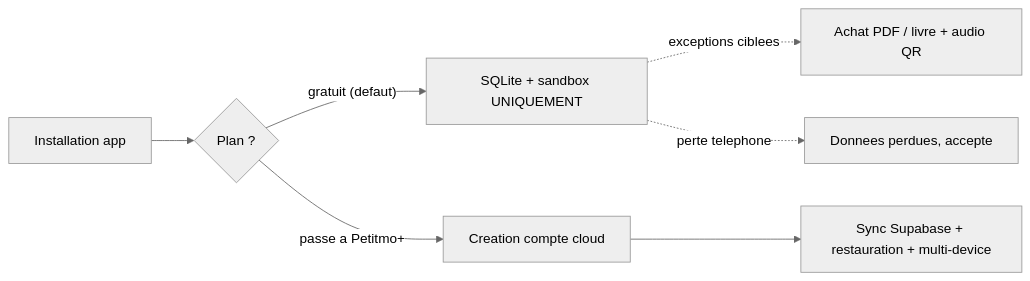
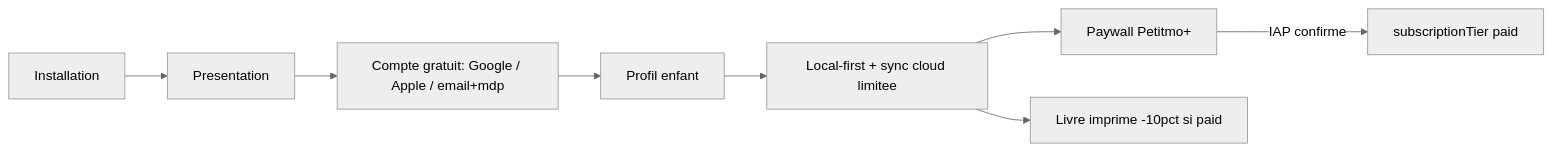
The diagram in AGENTS.md (yembez/petitmo), drawn with Mermaid (neutral theme) before and after one commit. The commit also changed other lines of this file and 101 other files, not shown here.

First line of the commit message:
feat: auth compte (Google/Apple/email), règle d’or V2 et correctifs fil

````diff
--- a/AGENTS.md
+++ b/AGENTS.md
@@ -202,9 +177,10 @@
 ```mermaid
 flowchart LR
-    install[Installation app] --> mode{Plan ?}
-    mode -- "gratuit (defaut)" --> local[SQLite + sandbox UNIQUEMENT]
-    mode -- "passe a Petitmo+" --> account[Creation compte cloud]
-    account --> cloud[Sync Supabase + restauration + multi-device]
-    local -. "exceptions ciblees" .-> supaFree["Achat PDF / livre + audio QR"]
-    local -. "perte telephone" .-> lost[Donnees perdues, accepte]
+  install[Installation] --> onboard[Presentation]
+  onboard --> auth[Compte gratuit: Google / Apple / email+mdp]
+  auth --> child[Profil enfant]
+  child --> free[Local-first + sync cloud limitee]
+  free --> paywall[Paywall Petitmo+]
+  paywall -->|IAP confirme| paid[subscriptionTier paid]
+  free --> book[Livre imprime -10pct si paid]
 ```
````
